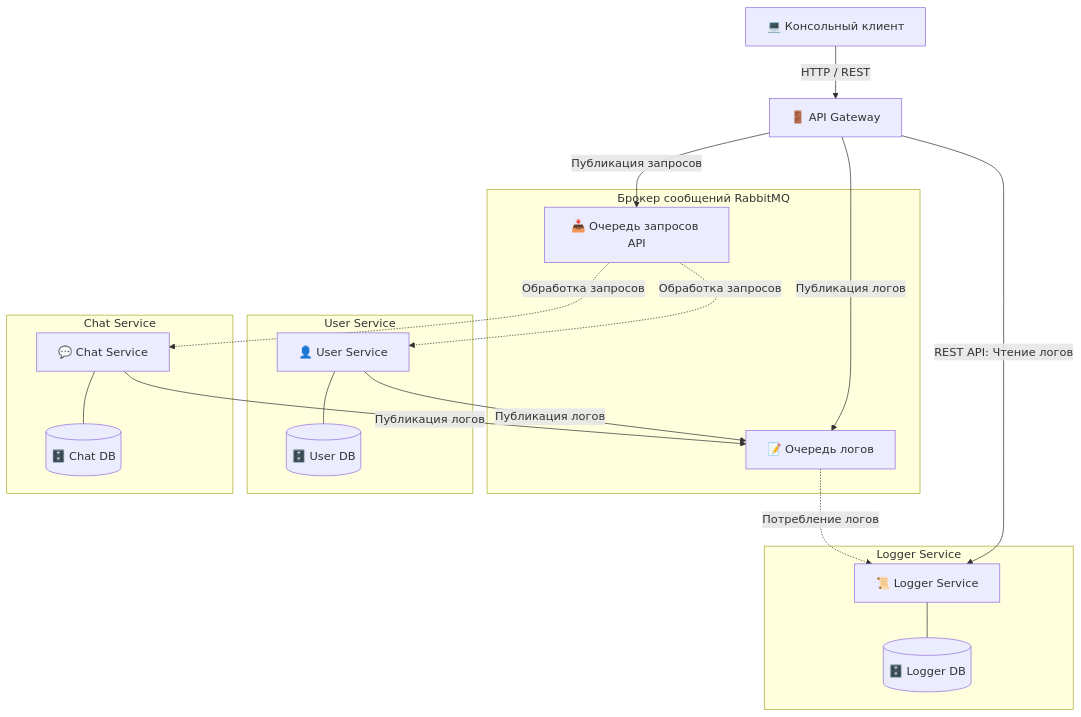
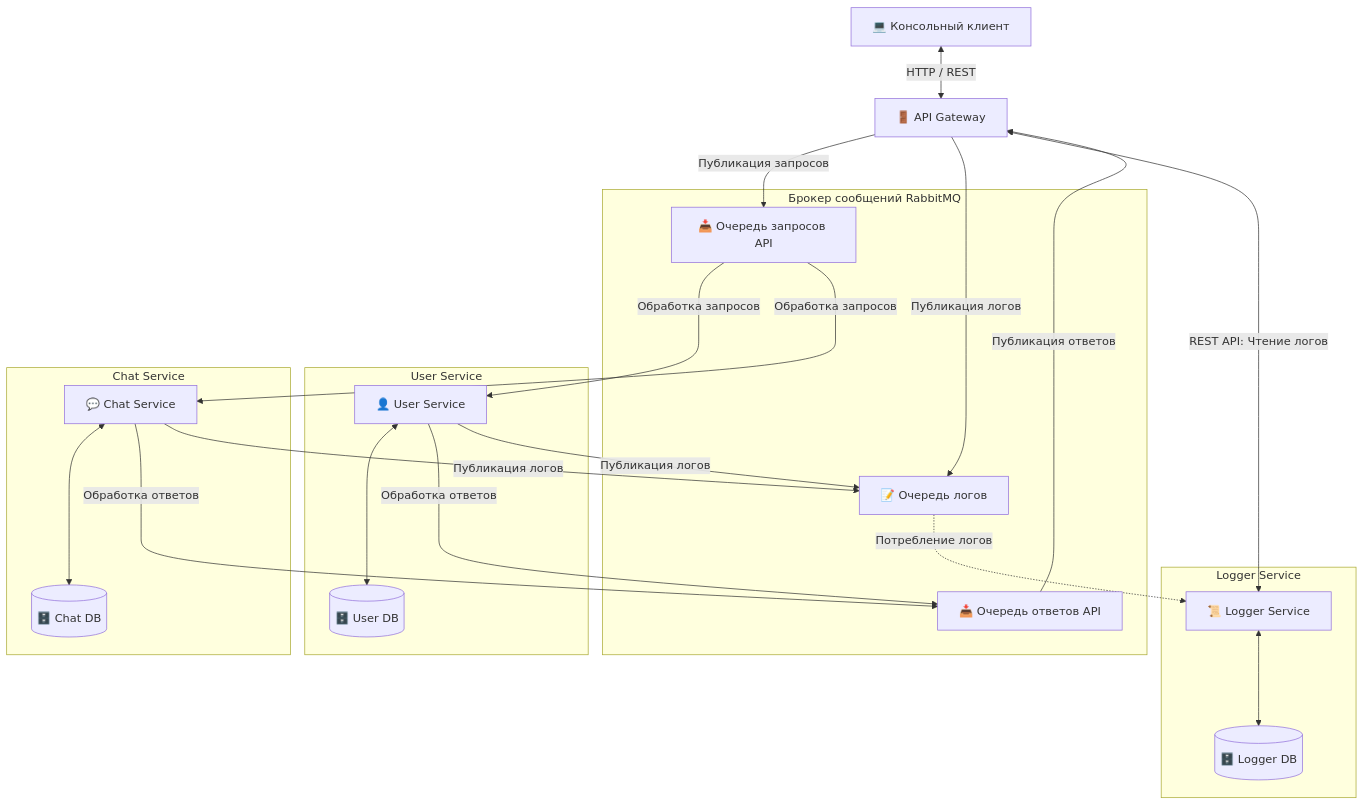
Before and after one commit to DianaShak/BlackBox: the diagram in Drafts/console_chat/ArchitectureNew.md, drawn with Mermaid.

````diff
--- a/Drafts/console_chat/ArchitectureNew.md
+++ b/Drafts/console_chat/ArchitectureNew.md
@@ -1,40 +1,48 @@
 ```mermaid
-graph TD
+flowchart TD
     %% Консольный клиент и API Gateway
-    Client[💻 Консольный клиент] -->|HTTP / REST| Gateway[🚪 API Gateway]
+    Client[💻 Консольный клиент] <-->|HTTP / REST| Gateway[🚪 API Gateway]
 
     %% RabbitMQ Брокер сообщений
     subgraph RabbitMQ [ Брокер сообщений RabbitMQ ]
         ReqQueue[📥 Очередь запросов API]
+        AnsQueue[📥 Очередь ответов API]
         LogQueue[📝 Очередь логов]
     end
 
     %% Связь API Gateway с RabbitMQ
     Gateway -->|Публикация запросов| ReqQueue
 
+    %% Связь API Gateway с RabbitMQ
+    AnsQueue -->|Публикация ответов| Gateway
+
     %% Микросервисы и их БД
     subgraph US_Block [User Service]
-        US[👤 User Service] --- US_DB[(🗄️ User DB)]
+        US[👤 User Service] <---> US_DB[(🗄️ User DB)]
     end
 
     subgraph CS_Block [Chat Service]
-        CS[💬 Chat Service] --- CS_DB[(🗄️ Chat DB)]
+        CS[💬 Chat Service] <---> CS_DB[(🗄️ Chat DB)]
     end
 
     subgraph LS_Block [Logger Service]
-        LS[📜 Logger Service] --- LS_DB[(🗄️ Logger DB)]
+        LS[📜 Logger Service] <---> LS_DB[(🗄️ Logger DB)]
     end
 
     %% Подписки сервисов на очереди
-    ReqQueue -.->|Обработка запросов| US
-    ReqQueue -.->|Обработка запросов| CS
+    ReqQueue --->|Обработка запросов| US
+    ReqQueue --->|Обработка запросов| CS
+
+    %% Ответы сервисов
+    US --->|Обработка ответов| AnsQueue
+    CS --->|Обработка ответов| AnsQueue
 
     %% Публикация логов в очередь
     US -->|Публикация логов| LogQueue
     CS -->|Публикация логов| LogQueue
     Gateway -->|Публикация логов| LogQueue
 
     %% Чтение логов и REST API для них
     LogQueue -.->|Потребление логов| LS
-    Gateway -->|REST API: Чтение логов| LS
+    Gateway <-->|REST API: Чтение логов| LS
 ```
````
